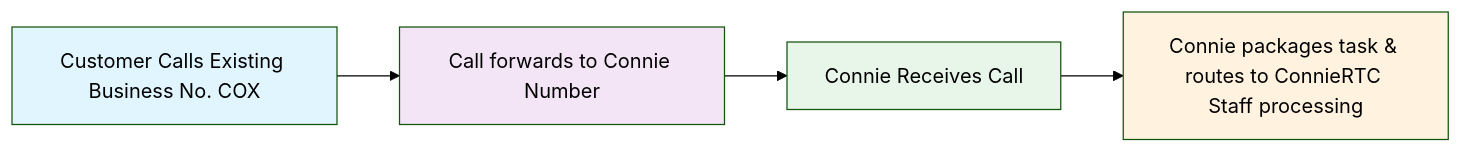
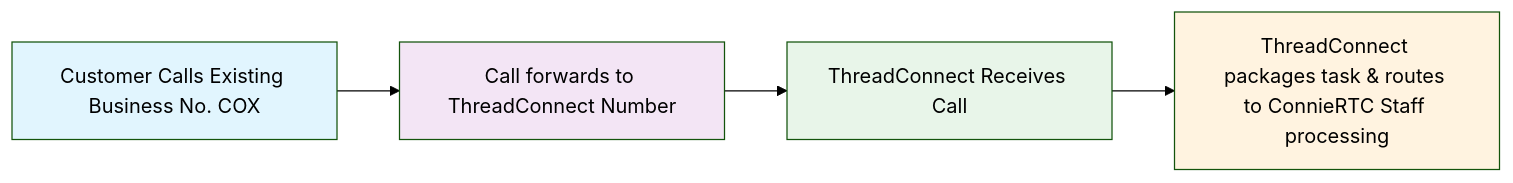
The diagram in docs/end-users/administrators/channels/voice/call-forwarding/index.md (ConnieML/docs.connie), drawn with Mermaid (forest theme) before and after one commit. The commit also changed other lines of this file and 139 other files, not shown here.

First line of the commit message:
Rebrand body text: Connie -> ThreadConnect across docs (CEO order 2026-10-30)

````diff
--- a/docs/end-users/administrators/channels/voice/call-forwarding/index.md
+++ b/docs/end-users/administrators/channels/voice/call-forwarding/index.md
@@ -19,11 +19,11 @@
 ```mermaid
 flowchart LR
-    A[Customer Calls Existing Business No. COX] --> B[Call forwards to Connie Number]
-    B --> C[Connie Receives Call]
-    C --> D[Connie packages task & routes to ConnieRTC Staff processing]
+    A[Customer Calls Existing Business No. COX] --> B[Call forwards to ThreadConnect Number]
+    B --> C[ThreadConnect Receives Call]
+    C --> D[ThreadConnect packages task & routes to ConnieRTC Staff processing]
     
     style A fill:#e1f5fe
     style B fill:#f3e5f5
     style C fill:#e8f5e9
     style D fill:#fff3e0
 ```
````
